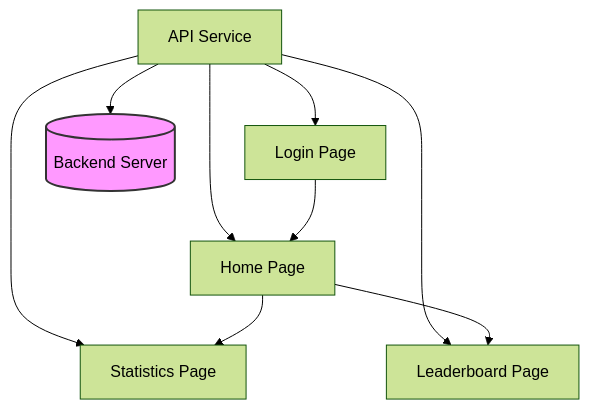
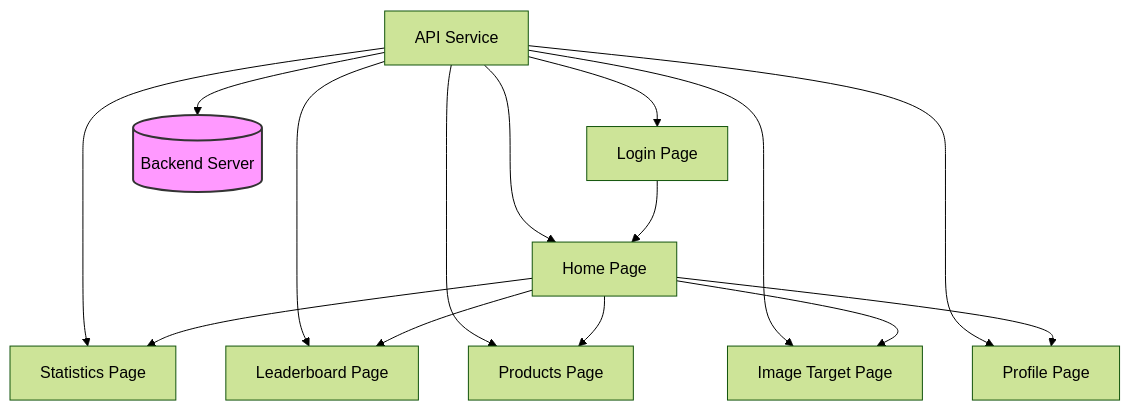
One commit to TomGijsbers/florafocus changed the diagram in README.md. Above: the diagram before and after it, drawn with Mermaid (forest theme).

Commit message:
mermaid update

````diff
--- a/README.md
+++ b/README.md
@@ -22,12 +22,20 @@
 ```mermaid
 graph TD
     A[API Service] --> B[Login Page]
     A --> C[Home Page]
     A --> D[Statistics Page]
     A --> E[Leaderboard Page]
+    A --> G[Products Page]
+    A --> H[Image Target Page]
+    A --> I[Profile Page]
     B --> C
     C --> D
     C --> E
+    C --> G
+    C --> H
+    C --> I
     A --> F[(Backend Server)]
+    
     style F fill:#f9f,stroke:#333,stroke-width:2px
+
 ```
````
